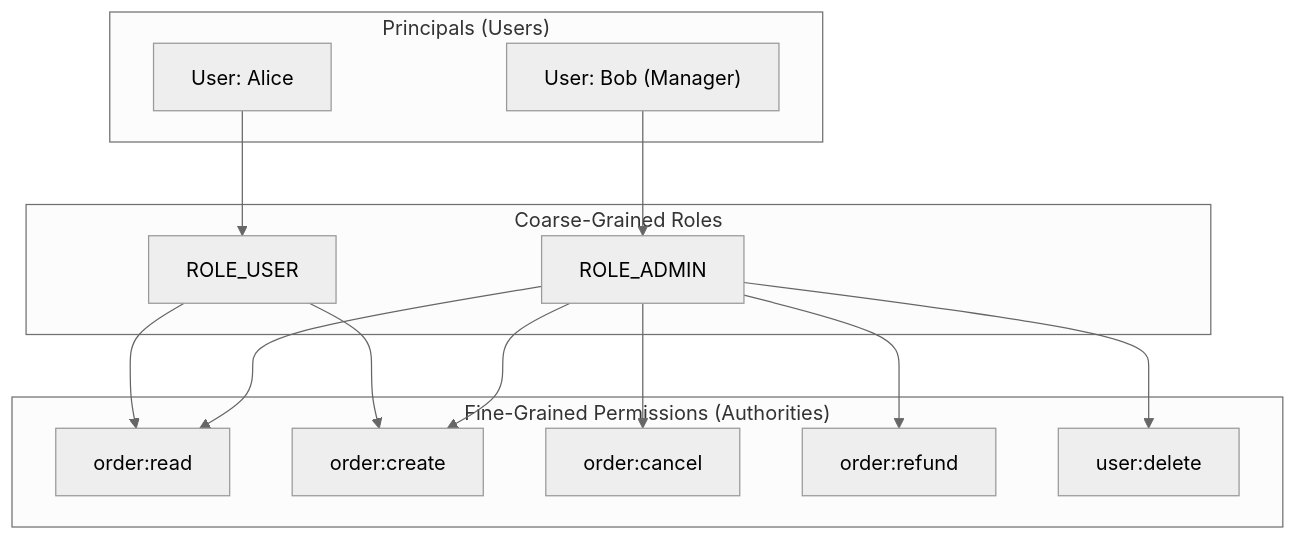
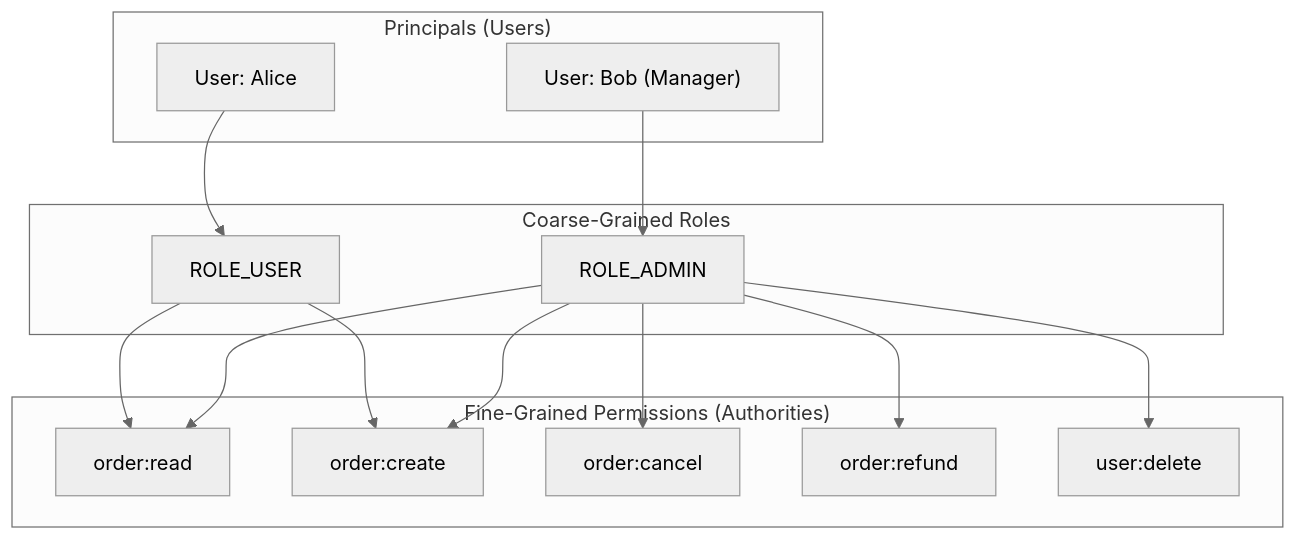
The first of 3 diagrams in docs/lessons/0026-role-and-permission-based-access-control-rbac.md (Rohit1024/spring-boot-mastery), drawn with Mermaid (neutral theme) before and after one commit. The commit also changed other lines of this file and 42 other files, not shown here.

````diff
--- a/docs/lessons/0026-role-and-permission-based-access-control-rbac.md
+++ b/docs/lessons/0026-role-and-permission-based-access-control-rbac.md
@@ -17,32 +17,34 @@
 ``` mermaid
 flowchart TD
     subgraph Users["Principals (Users)"]
         U1["User: Alice"]
         U2["User: Bob (Manager)"]
     end
 
     subgraph Roles["Coarse-Grained Roles"]
         R_USER["ROLE_USER"]
         R_ADMIN["ROLE_ADMIN"]
     end
 
     subgraph Authorities["Fine-Grained Permissions (Authorities)"]
         P1["order:read"]
         P2["order:create"]
         P3["order:cancel"]
         P4["order:refund"]
         P5["user:delete"]
     end
 
     U1 --> R_USER
     U2 --> R_ADMIN
 
     R_USER --> P1
     R_USER --> P2
     
     R_ADMIN --> P1
     R_ADMIN --> P2
     R_ADMIN --> P3
     R_ADMIN --> P4
     R_ADMIN --> P5
+
+    Users ~~~ Roles ~~~ Authorities
 ```
````
